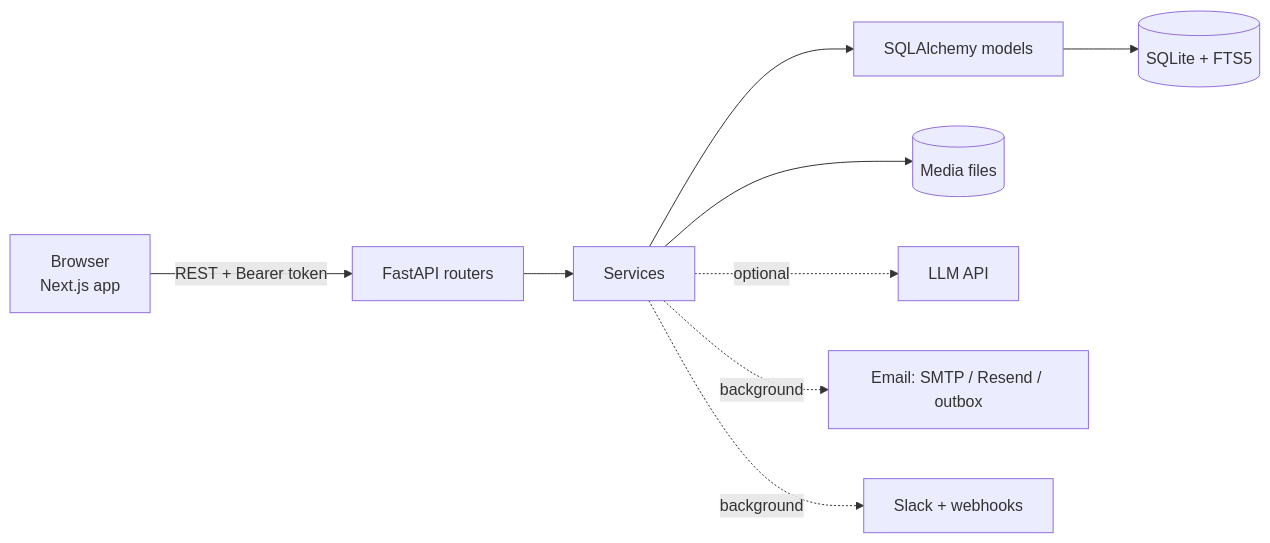
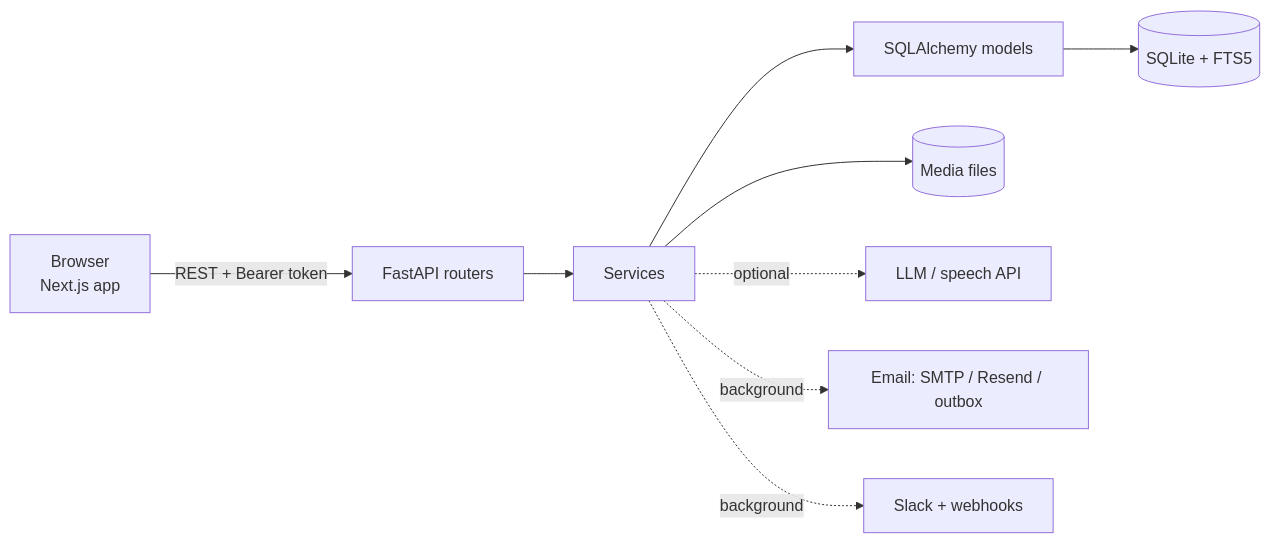
Before and after one commit to rbsid1012/fireflies-clone: the first of 2 diagrams in README.md, drawn with Mermaid. The commit also changed other lines of this file and 78 other files, not shown here.

````diff
--- a/README.md
+++ b/README.md
@@ -58,11 +111,11 @@
 ```mermaid
 flowchart LR
   B[Browser<br/>Next.js app] -- "REST + Bearer token" --> A[FastAPI routers]
   A --> S[Services]
   S --> M[SQLAlchemy models]
   M --> D[(SQLite + FTS5)]
   S --> F[(Media files)]
-  S -. optional .-> L[LLM API]
+  S -. optional .-> L[LLM / speech API]
   S -. background .-> E[Email: SMTP / Resend / outbox]
   S -. background .-> W[Slack + webhooks]
 ```
````
